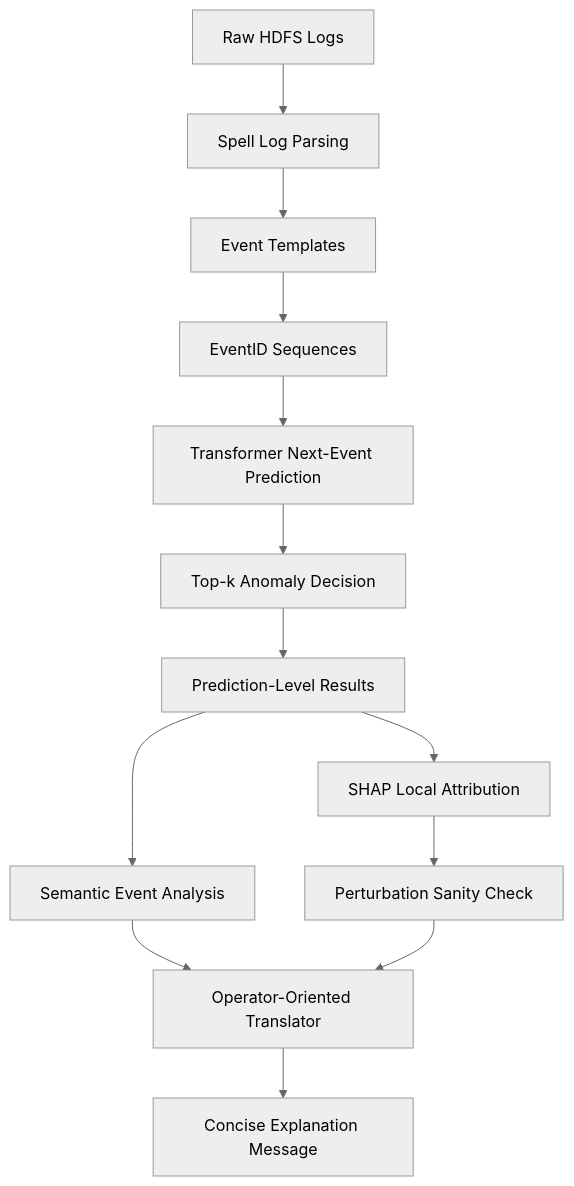
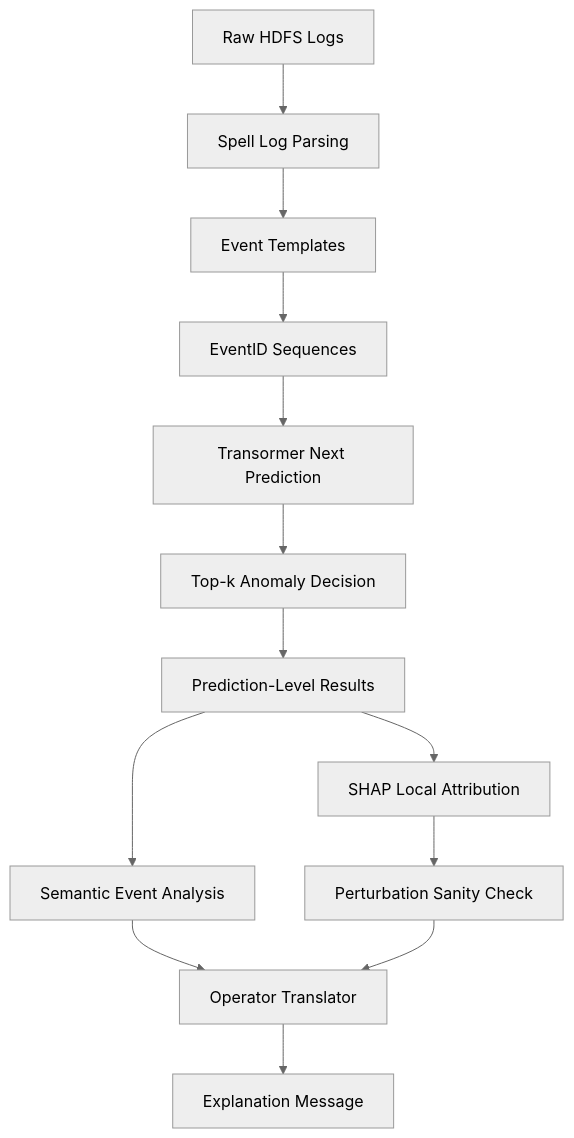
Before and after one commit to miqbal-id27/controlroom-xai-alarm-support-transformer: the first of 2 diagrams in README.md, drawn with Mermaid (neutral theme). The commit also changed other lines of this file, not shown here.

````diff
--- a/README.md
+++ b/README.md
@@ -58,17 +45,17 @@
 ```mermaid
 flowchart TD
     A[Raw HDFS Logs] --> B[Spell Log Parsing]
     B --> C[Event Templates]
     C --> D[EventID Sequences]
-    D --> E[Transformer Next-Event Prediction]
+    D --> E[Transormer Next Prediction]
     E --> F[Top-k Anomaly Decision]
     F --> G[Prediction-Level Results]
 
     G --> H[Semantic Event Analysis]
     G --> I[SHAP Local Attribution]
     I --> J[Perturbation Sanity Check]
 
-    H --> K[Operator-Oriented Translator]
+    H --> K[Operator Translator]
     J --> K
-    K --> L[Concise Explanation Message]
+    K --> L[Explanation Message]
 ```
````
